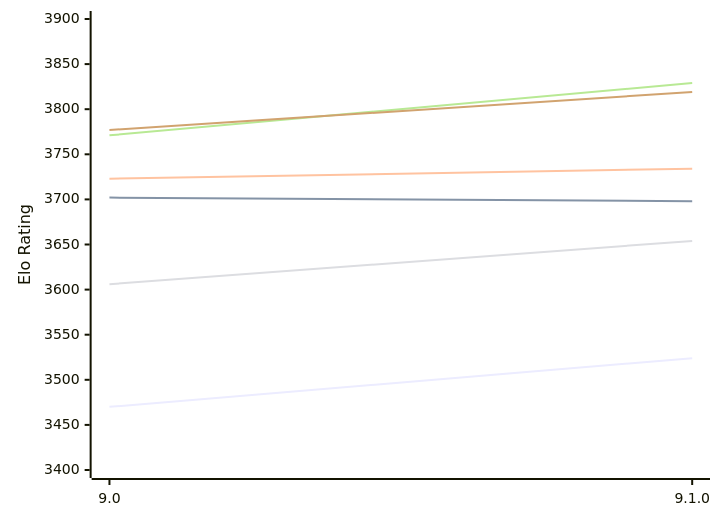
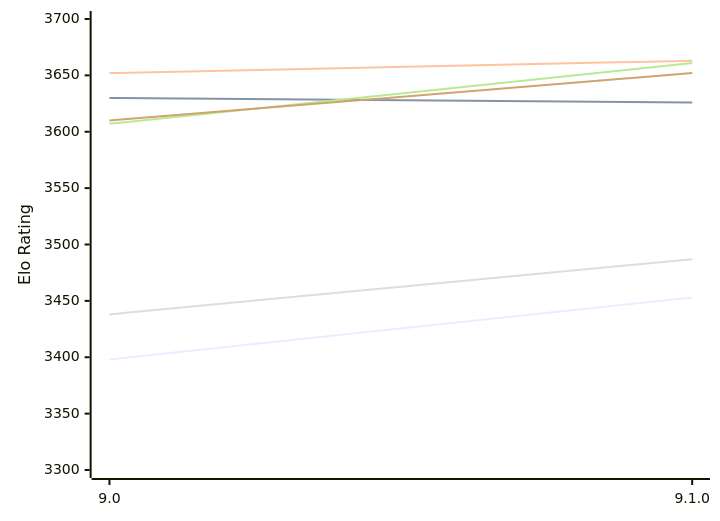
The first of 2 diagrams in engines/Alexandria.md (computer-chess-index/cci), drawn with Mermaid before and after one commit. The commit also changed other lines of this file, not shown here.

Commit message:
Update CCI Ratings (ELO VLTC) - 2026-11-13

````diff
--- a/engines/Alexandria.md
+++ b/engines/Alexandria.md
@@ -54,12 +54,12 @@
 ```mermaid
 %%{init: {"theme":"base","themeVariables":{"seriesColors:['#a3a3a3','#222221','#faa371']}}}%%
 xychart-beta
   x-axis ["9.0", "9.1.0"]
-  y-axis "Elo Rating" 3400 --> 3900
-  line "E1: STC (8.0+0.08s)" [3470, 3524]
-  line "E1: LTC (60.0+0.60s)" [3702, 3698]
-  line "E1: VLTC (2m24s+1.12s)" [3723, 3734]
-  line "P1: STC (8.0+0.08s)" [3606, 3654]
-  line "P1: LTC (60.0+0.60s)" [3771, 3829]
-  line "P1: VLTC (2m24s+1.12s)" [3777, 3819]
+  y-axis "Elo Rating" 3300 --> 3700
+  line "E1: STC (8.0+0.08s)" [3398, 3453]
+  line "E1: LTC (60.0+0.60s)" [3630, 3626]
+  line "E1: VLTC (2m24s+1.12s)" [3652, 3663]
+  line "P1: STC (8.0+0.08s)" [3438, 3487]
+  line "P1: LTC (60.0+0.60s)" [3607, 3661]
+  line "P1: VLTC (2m24s+1.12s)" [3610, 3652]
 ```
````
